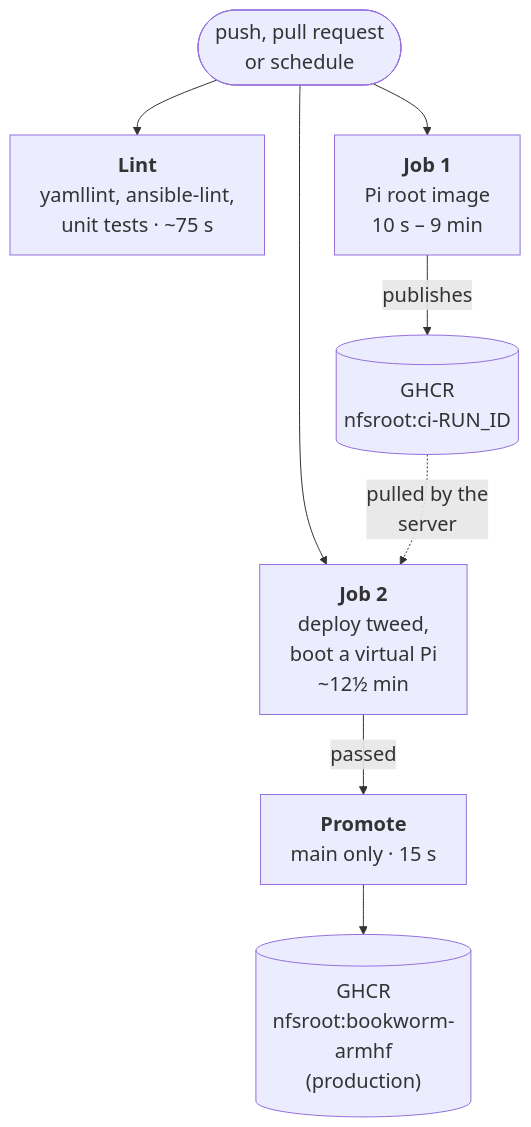
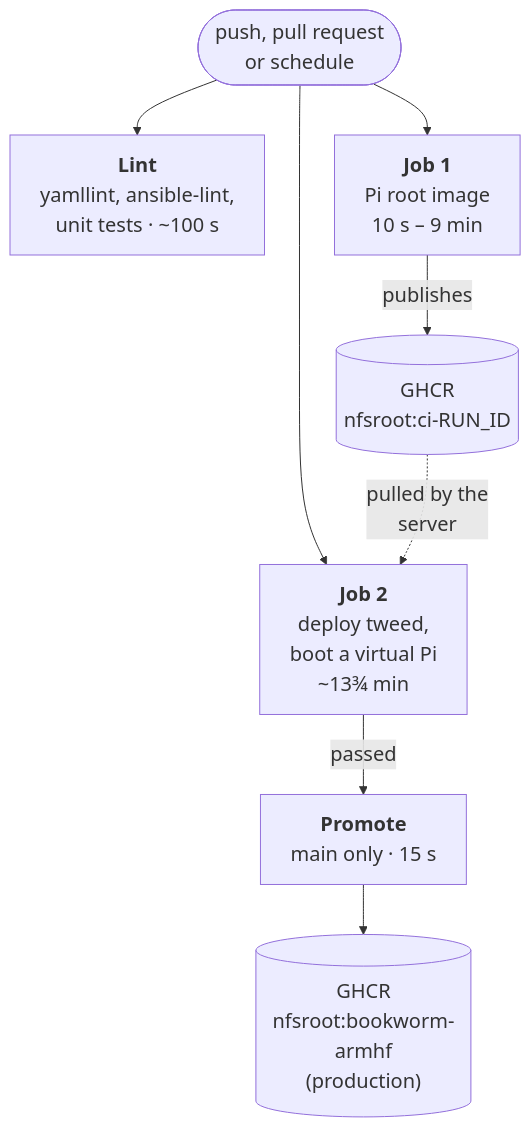
The first of 3 diagrams in docs/ci.md (fpgas-online/fpgas.online-infra), drawn with Mermaid before and after one commit. The commit also changed other lines of this file, not shown here.

````diff
--- a/docs/ci.md
+++ b/docs/ci.md
@@ -66,18 +66,18 @@
 ```mermaid
 %%{init: {"themeVariables": {"fontSize": "20px"}}}%%
 flowchart TB
     trigger(["push, pull request<br/>or schedule"])
-    lint["<b>Lint</b><br/>yamllint, ansible-lint,<br/>unit tests · ~75 s"]
+    lint["<b>Lint</b><br/>yamllint, ansible-lint,<br/>unit tests · ~100 s"]
     job1["<b>Job 1</b><br/>Pi root image<br/>10 s – 9 min"]
-    job2["<b>Job 2</b><br/>deploy tweed,<br/>boot a virtual Pi<br/>~12½ min"]
+    job2["<b>Job 2</b><br/>deploy tweed,<br/>boot a virtual Pi<br/>~13¾ min"]
     ghcr[("GHCR<br/>nfsroot:ci-RUN_ID")]
     promote["<b>Promote</b><br/>main only · 15 s"]
     prod[("GHCR<br/>nfsroot:bookworm-armhf<br/>(production)")]
     trigger --> lint
     trigger --> job1
     trigger --> job2
     job1 -- publishes --> ghcr
     ghcr -. "pulled by the<br/>server" .-> job2
     job2 -- "passed" --> promote
     promote --> prod
 ```
````
